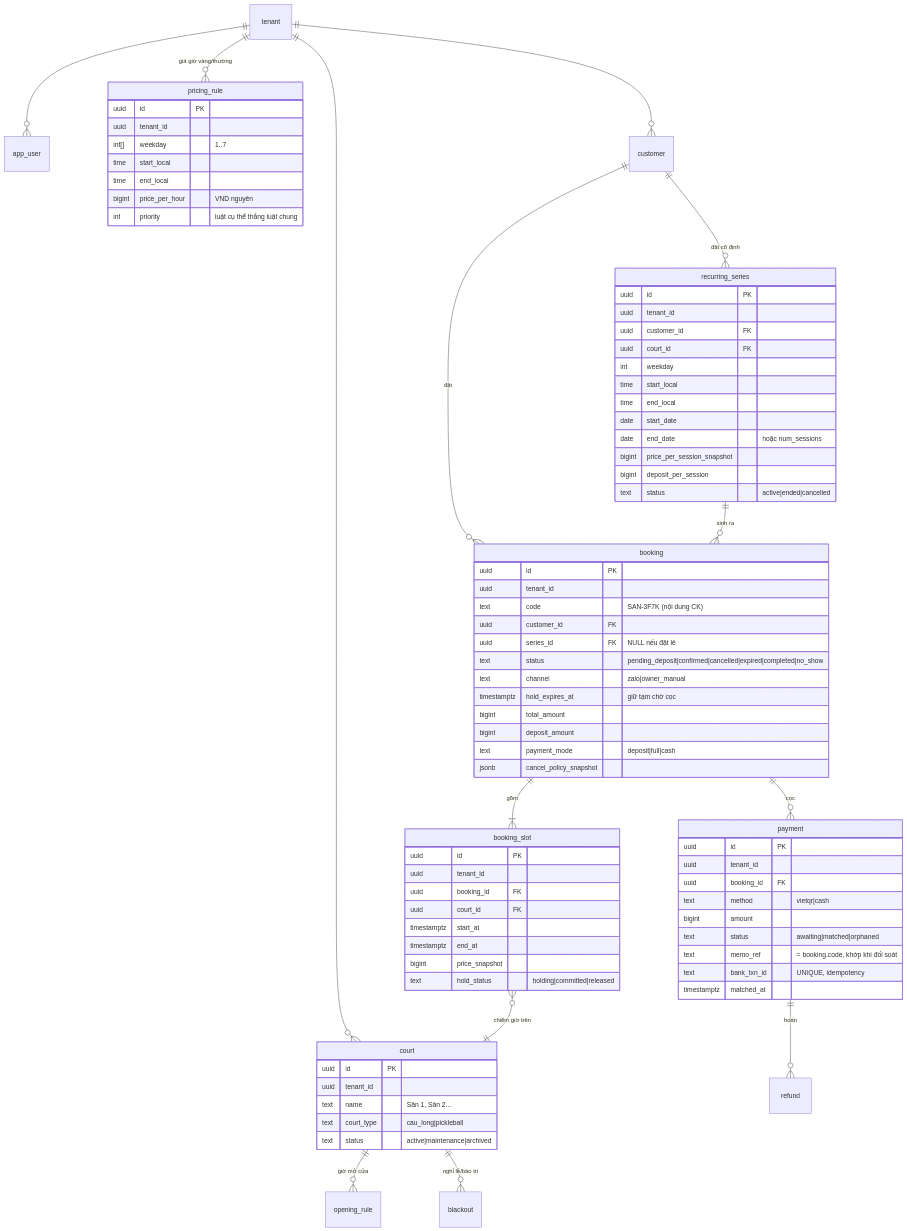
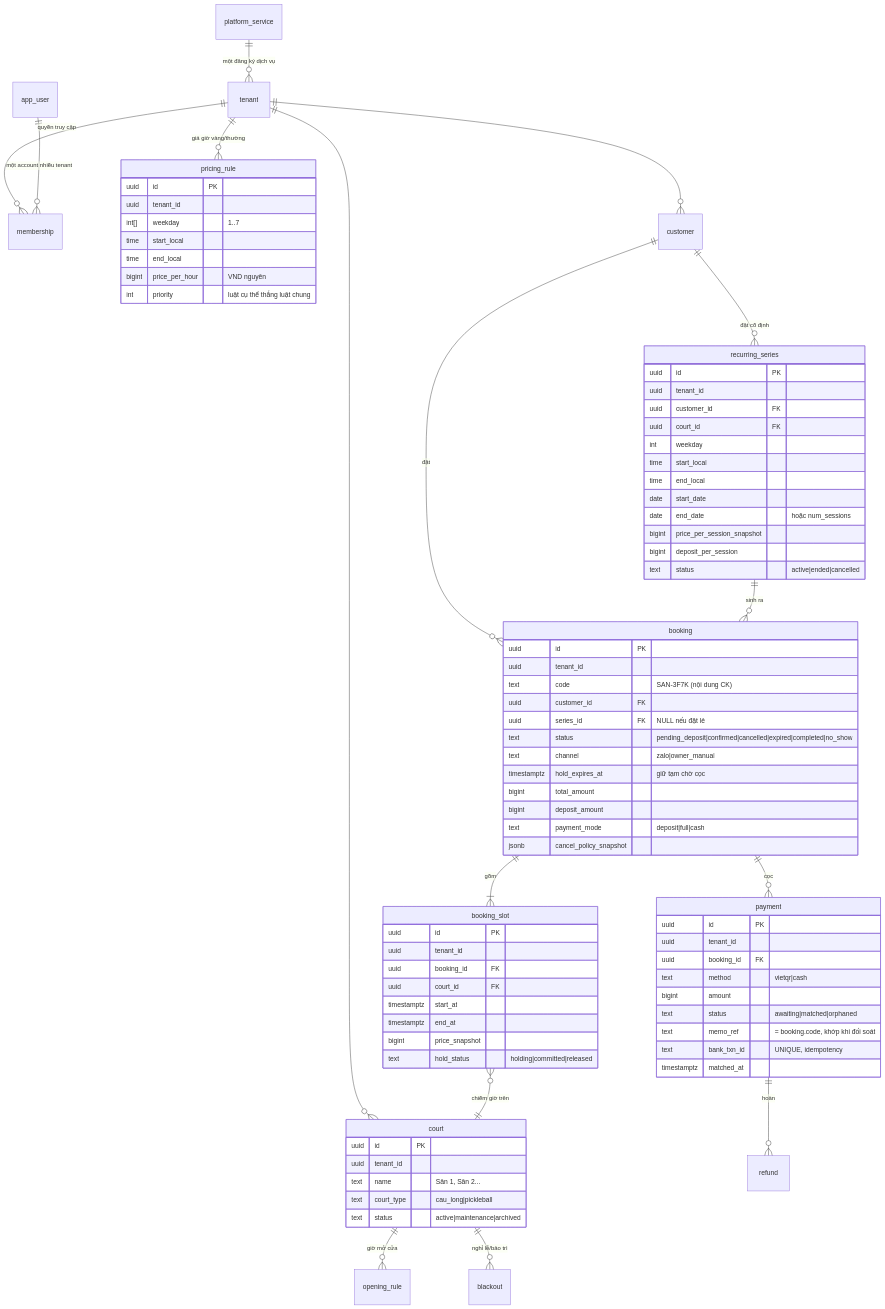
One commit to leminhnhutphpwp/saasbooking changed the diagram in docs/06-erd.md. Above: the diagram before and after it, drawn with Mermaid. The commit also changed other lines of this file and 34 other files, not shown here.

Commit message:
feat: add per-service tenant registration

````diff
--- a/docs/06-erd.md
+++ b/docs/06-erd.md
@@ -21,7 +29,9 @@
 ```mermaid
 erDiagram
     tenant ||--o{ court : ""
-    tenant ||--o{ app_user : ""
+    platform_service ||--o{ tenant : "một đăng ký dịch vụ"
+    tenant ||--o{ membership : "quyền truy cập"
+    app_user ||--o{ membership : "một account nhiều tenant"
     court ||--o{ opening_rule : "giờ mở cửa"
     court ||--o{ blackout : "nghỉ lễ/bảo trì"
     tenant ||--o{ pricing_rule : "giá giờ vàng/thường"
````
